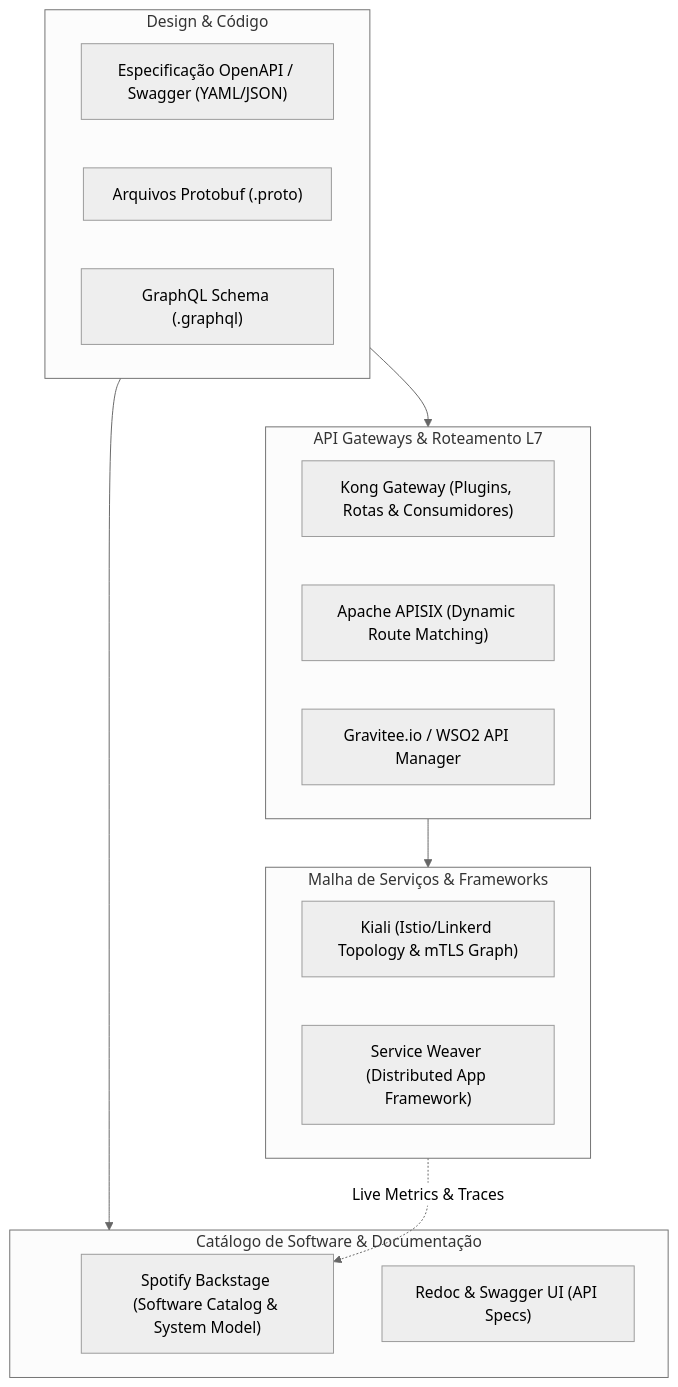
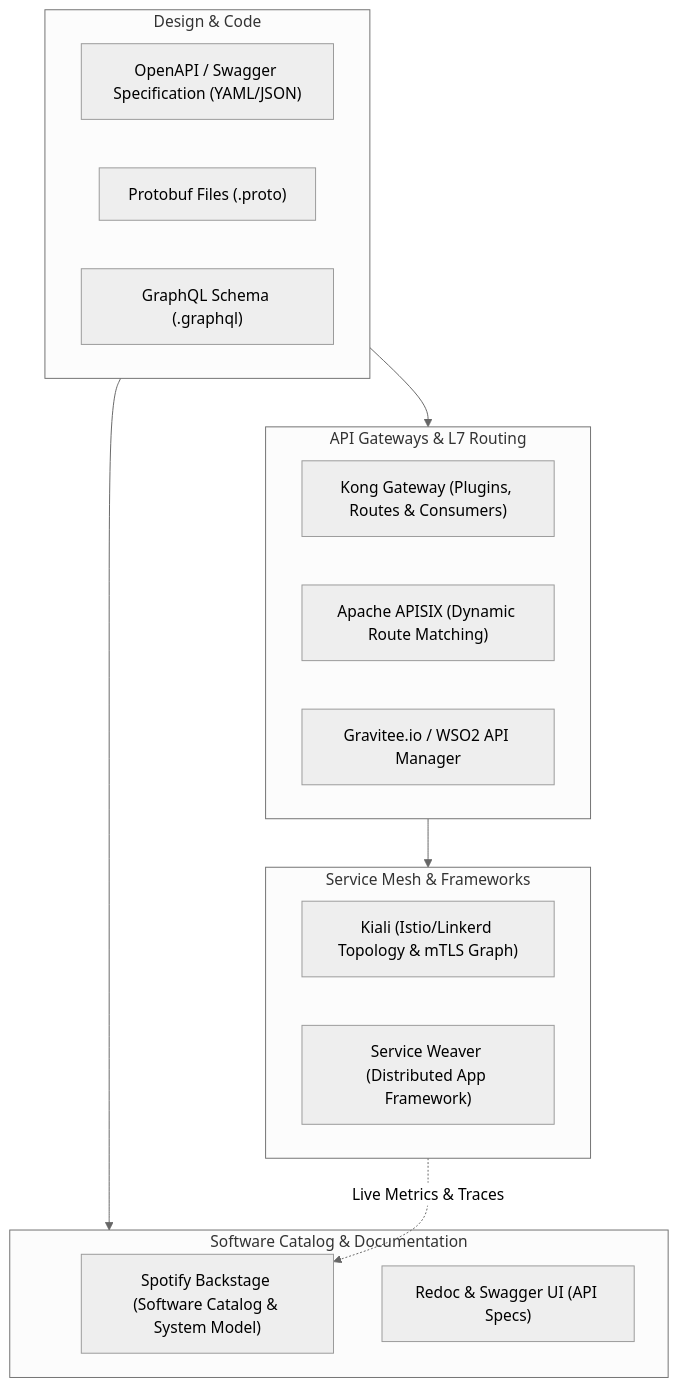
The diagram in knowledge/skills/mapping/api-service-mesh-mapping/SKILL.md (dandgabr/Coacus), drawn with Mermaid (neutral theme) before and after one commit. The commit also changed other lines of this file and 143 other files, not shown here.

````diff
--- a/knowledge/skills/mapping/api-service-mesh-mapping/SKILL.md
+++ b/knowledge/skills/mapping/api-service-mesh-mapping/SKILL.md
@@ -16,29 +16,29 @@
 ```mermaid
 flowchart TD
-    subgraph Development["Design & Código"]
-        OPENAPI["Especificação OpenAPI / Swagger (YAML/JSON)"]
-        GRPC_PROTO["Arquivos Protobuf (.proto)"]
+    subgraph Development["Design & Code"]
+        OPENAPI["OpenAPI / Swagger Specification (YAML/JSON)"]
+        GRPC_PROTO["Protobuf Files (.proto)"]
         GRAPHQL_SCHEMA["GraphQL Schema (.graphql)"]
     end
 
-    subgraph DeveloperPortals["Catálogo de Software & Documentação"]
+    subgraph DeveloperPortals["Software Catalog & Documentation"]
         BACKSTAGE["Spotify Backstage (Software Catalog & System Model)"]
         REDOC["Redoc & Swagger UI (API Specs)"]
     end
 
-    subgraph Gateways["API Gateways & Roteamento L7"]
-        KONG["Kong Gateway (Plugins, Rotas & Consumidores)"]
+    subgraph Gateways["API Gateways & L7 Routing"]
+        KONG["Kong Gateway (Plugins, Routes & Consumers)"]
         APISIX["Apache APISIX (Dynamic Route Matching)"]
         GRAVITEE["Gravitee.io / WSO2 API Manager"]
     end
 
-    subgraph ServiceMeshMesh["Malha de Serviços & Frameworks"]
+    subgraph ServiceMeshMesh["Service Mesh & Frameworks"]
         KIALI["Kiali (Istio/Linkerd Topology & mTLS Graph)"]
         WEAVER["Service Weaver (Distributed App Framework)"]
     end
 
     Development --> DeveloperPortals
     Development --> Gateways
     Gateways --> ServiceMeshMesh
     ServiceMeshMesh -.->|"Live Metrics & Traces"| BACKSTAGE
 ```
````
